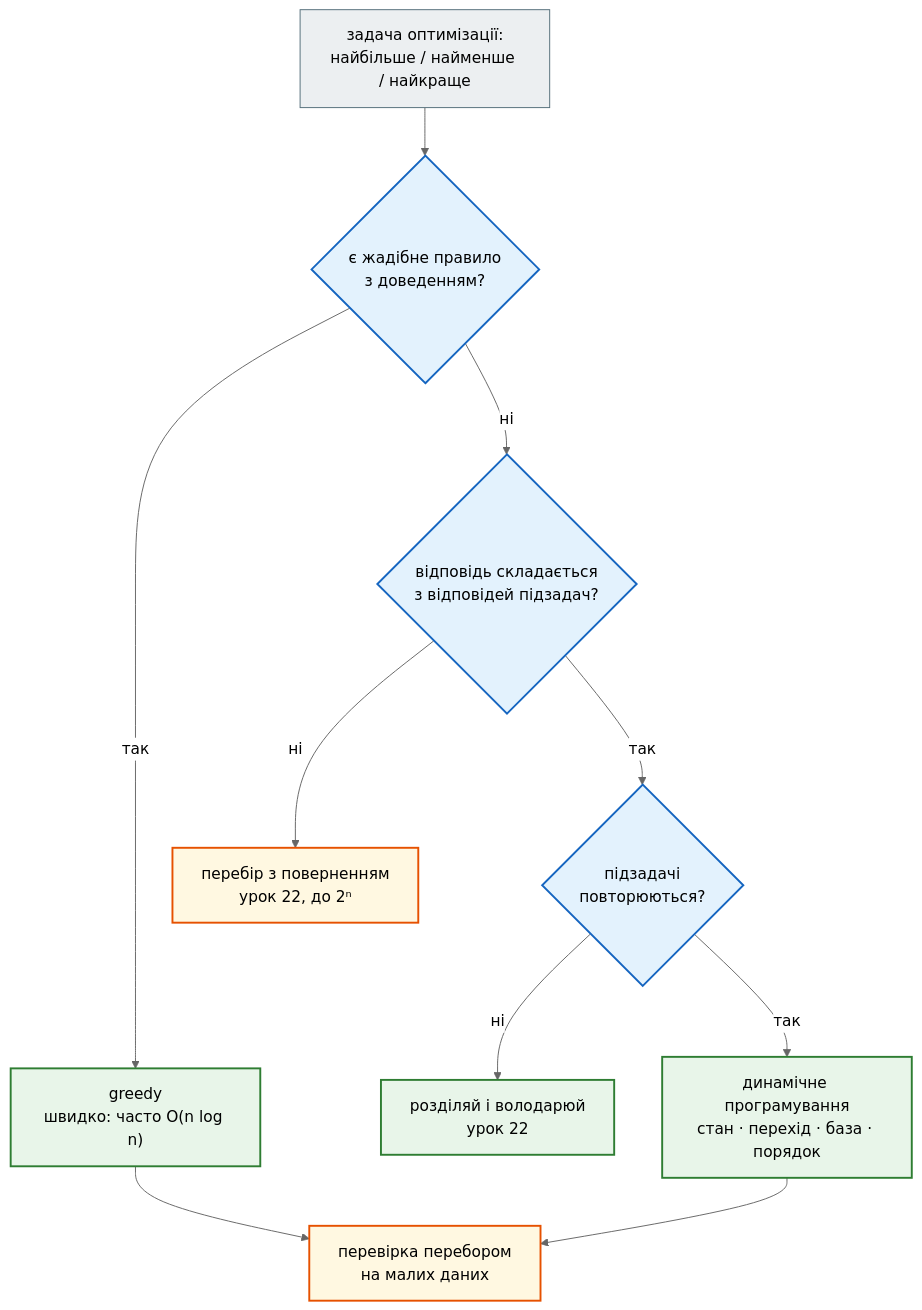
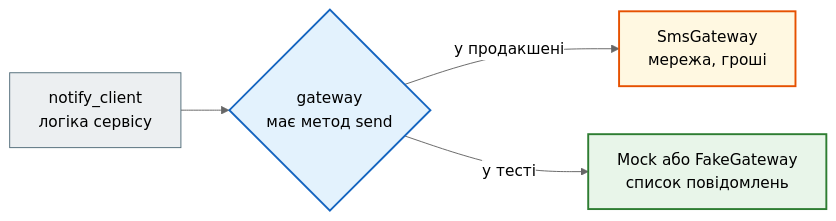
The second of 2 diagrams in docs/modules/m2/lesson_26.md (AlinaRadchenko/PY-Course-Victor-Nikoriak-22-09-2026), drawn with Mermaid (neutral theme) before and after one commit. The commit also changed other lines of this file and 1846 other files, not shown here.

````diff
--- a/docs/modules/m2/lesson_26.md
+++ b/docs/modules/m2/lesson_26.md
@@ -612,24 +587,17 @@
 ```mermaid
-flowchart TD
+flowchart LR
     classDef step     fill:#eceff1,stroke:#546e7a,stroke-width:1px;
     classDef decision fill:#e3f2fd,stroke:#1565c0,stroke-width:2px;
     classDef success  fill:#e8f5e9,stroke:#2e7d32,stroke-width:2px;
     classDef error    fill:#ffebee,stroke:#c62828,stroke-width:3px;
     classDef warning  fill:#fff8e1,stroke:#e65100,stroke-width:2px;
 
-    Q["задача оптимізації:<br>найбільше / найменше / найкраще"] --> G{"є жадібне правило<br>з доведенням?"}
-    G -- так --> GR["greedy<br>швидко: часто O(n log n)"]
-    G -- ні --> S{"відповідь складається<br>з відповідей підзадач?"}
-    S -- ні --> BF["перебір з поверненням<br>урок 22, до 2ⁿ"]
-    S -- так --> O{"підзадачі<br>повторюються?"}
-    O -- ні --> DC["розділяй і володарюй<br>урок 22"]
-    O -- так --> DP["динамічне програмування<br>стан · перехід · база · порядок"]
-    GR --> T["перевірка перебором<br>на малих даних"]
-    DP --> T
+    N["notify_client<br>логіка сервісу"] --> G{"gateway<br>має метод send"}
+    G -- "у продакшені" --> REAL["SmsGateway<br>мережа, гроші"]
+    G -- "у тесті" --> FAKE["Mock або FakeGateway<br>список повідомлень"]
 
-    class Q step
-    class G,S,O decision
-    class GR,DP,DC success
-    class BF warning
-    class T warning
+    class N step
+    class G decision
+    class REAL warning
+    class FAKE success
 ```
````
